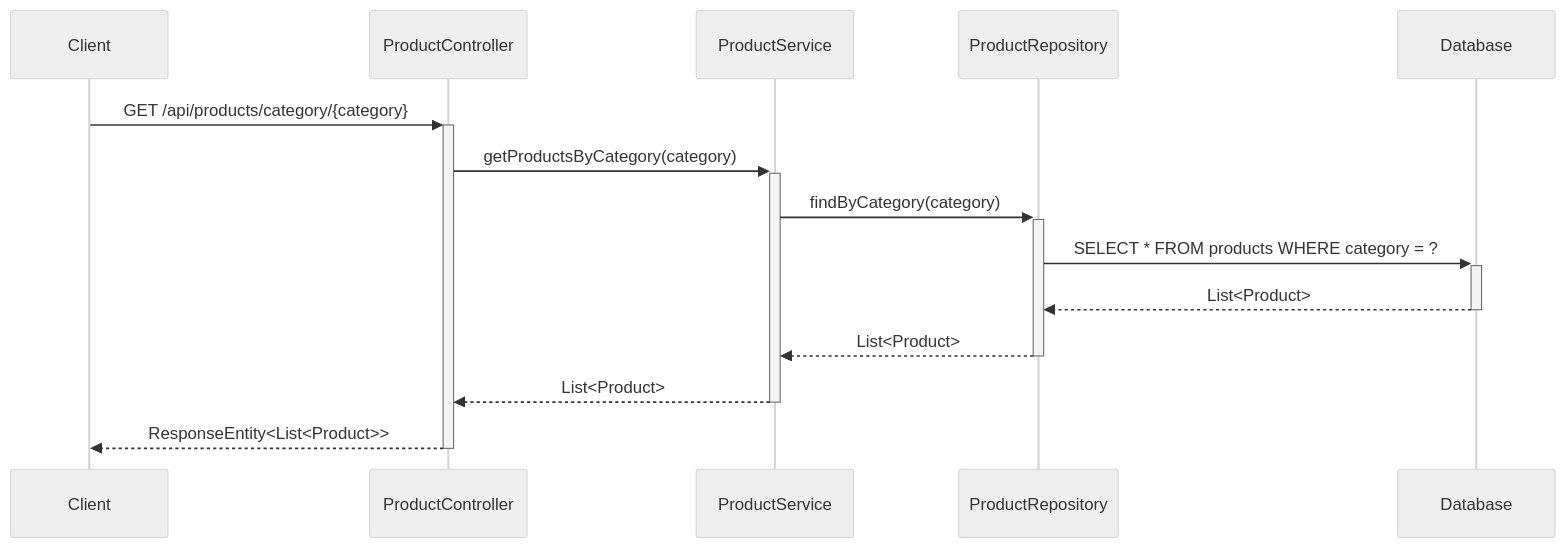
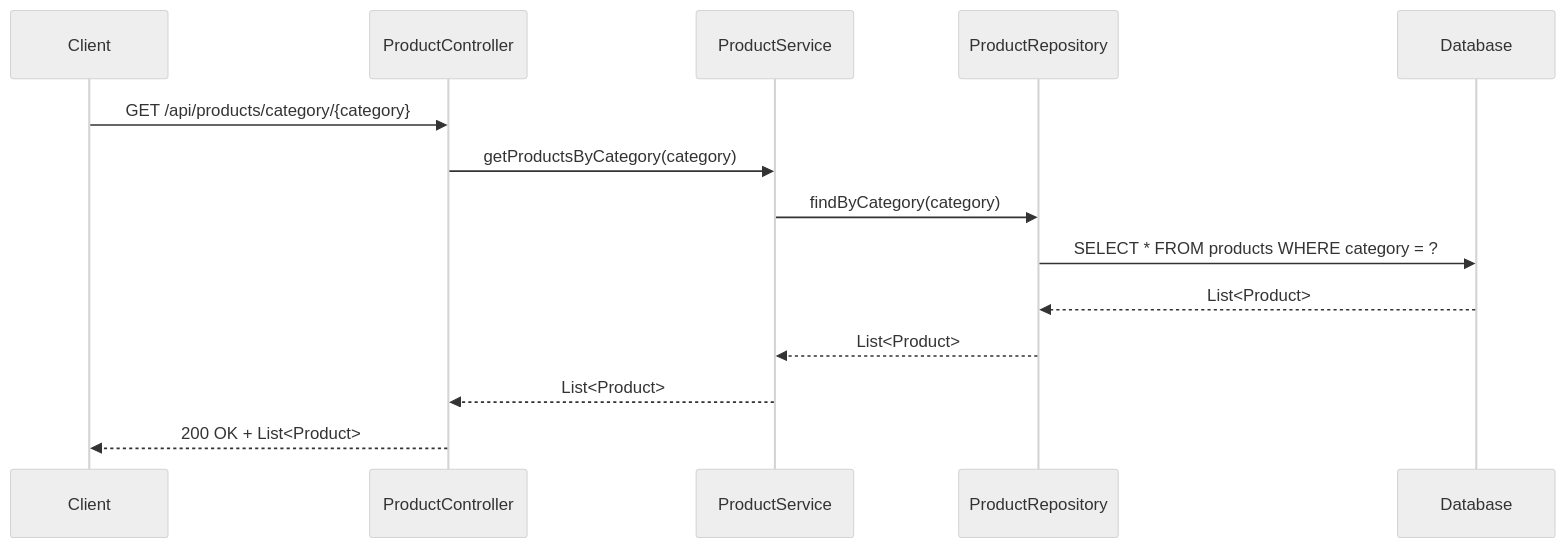
One commit to NavneetBN47/aava-ecom-demo changed the eighth of 9 diagrams in docs/LLD/lld.md. Above: the diagram before and after it, drawn with Mermaid (neutral theme). The commit also changed other lines of this file, not shown here.

````diff
--- a/docs/LLD/lld.md
+++ b/docs/LLD/lld.md
@@ -234,17 +244,17 @@
 ```mermaid
 sequenceDiagram
     participant Client
     participant ProductController
     participant ProductService
     participant ProductRepository
     participant Database
     
-    Client->>+ProductController: GET /api/products/category/{category}
-    ProductController->>+ProductService: getProductsByCategory(category)
-    ProductService->>+ProductRepository: findByCategory(category)
-    ProductRepository->>+Database: SELECT * FROM products WHERE category = ?
-    Database-->>-ProductRepository: List<Product>
-    ProductRepository-->>-ProductService: List<Product>
-    ProductService-->>-ProductController: List<Product>
-    ProductController-->>-Client: ResponseEntity<List<Product>>
+    Client->>ProductController: GET /api/products/category/{category}
+    ProductController->>ProductService: getProductsByCategory(category)
+    ProductService->>ProductRepository: findByCategory(category)
+    ProductRepository->>Database: SELECT * FROM products WHERE category = ?
+    Database-->>ProductRepository: List<Product>
+    ProductRepository-->>ProductService: List<Product>
+    ProductService-->>ProductController: List<Product>
+    ProductController-->>Client: 200 OK + List<Product>
 ```
````
